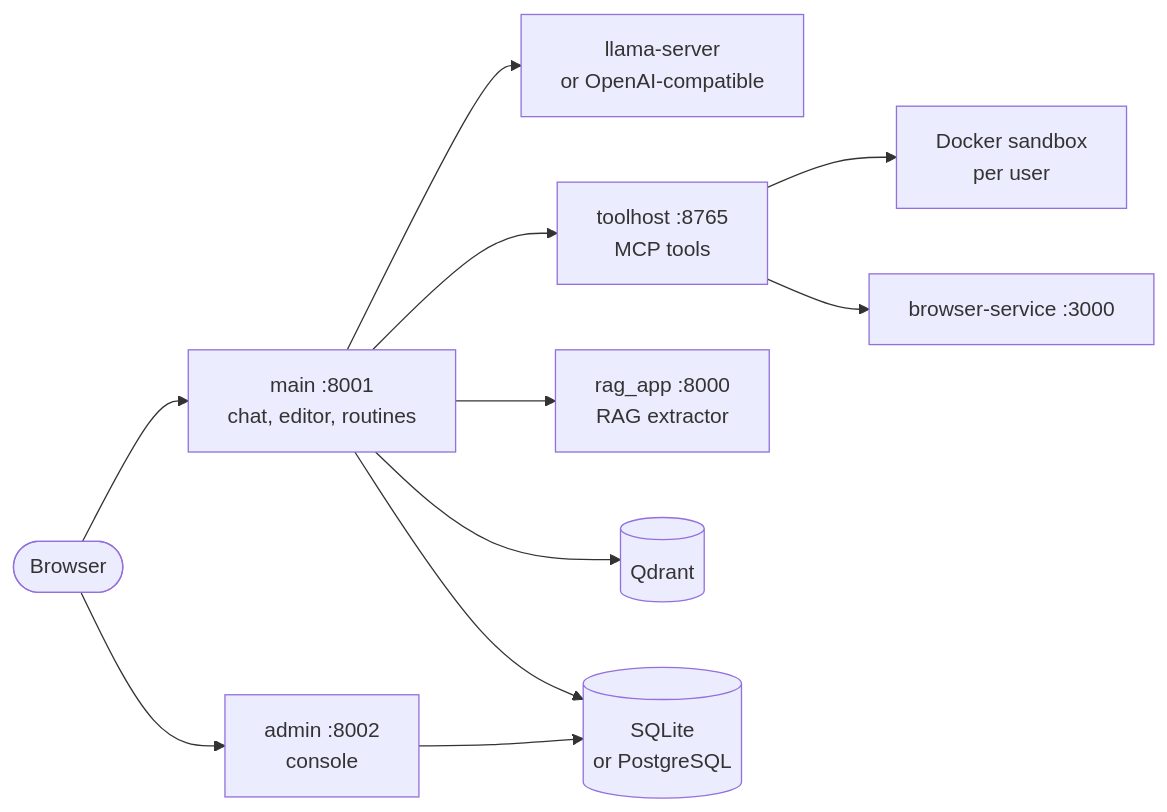
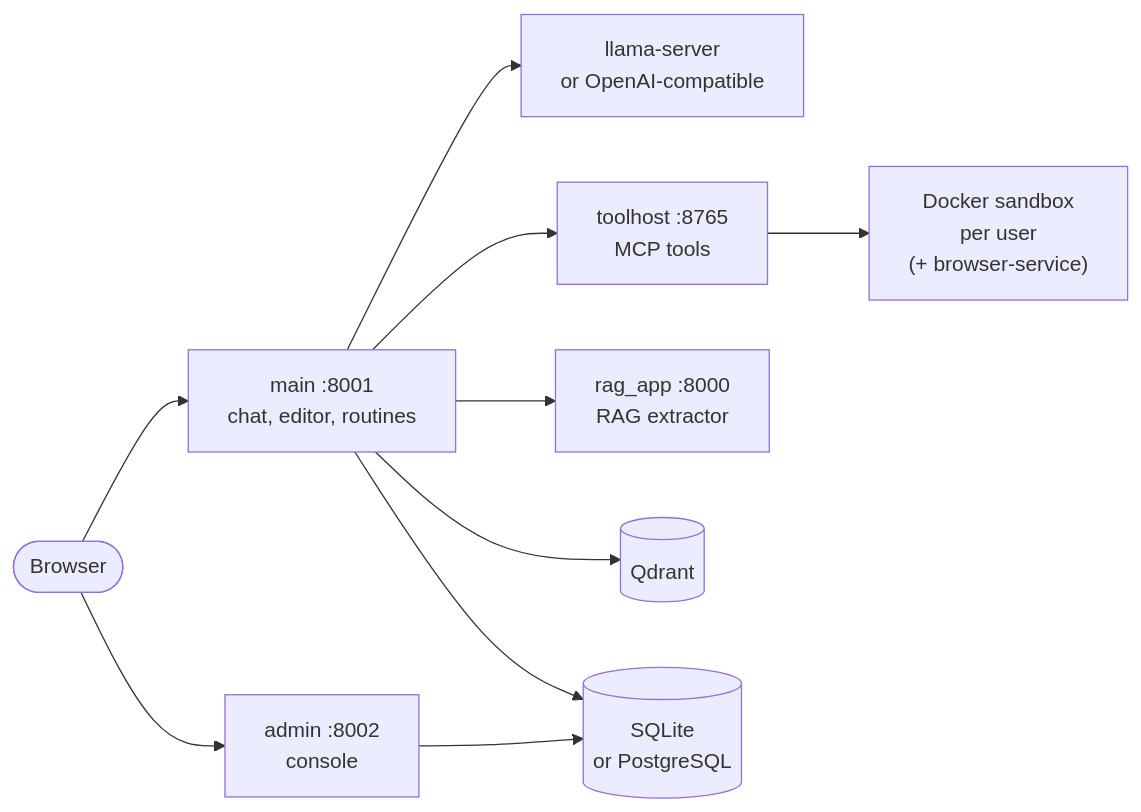
Before and after one commit to toto-fou/Elpis: the diagram in README.md, drawn with Mermaid. The commit also changed 66 other files, not shown here.

First line of the commit message:
Browser in the sandbox, secret relay and vault login

````diff
--- a/README.md
+++ b/README.md
@@ -63,13 +63,12 @@
 ```mermaid
 flowchart LR
     nav([Browser]) --> main["main :8001<br/>chat, editor, routines"]
     nav --> admin["admin :8002<br/>console"]
     main --> llm["llama-server<br/>or OpenAI-compatible"]
     main --> toolhost["toolhost :8765<br/>MCP tools"]
     main --> rag["rag_app :8000<br/>RAG extractor"]
     main --> qdrant[("Qdrant")]
-    toolhost --> sandbox["Docker sandbox<br/>per user"]
-    toolhost --> browser["browser-service :3000"]
+    toolhost --> sandbox["Docker sandbox<br/>per user<br/>(+ browser-service)"]
     main --> db[("SQLite<br/>or PostgreSQL")]
     admin --> db
 ```
````
